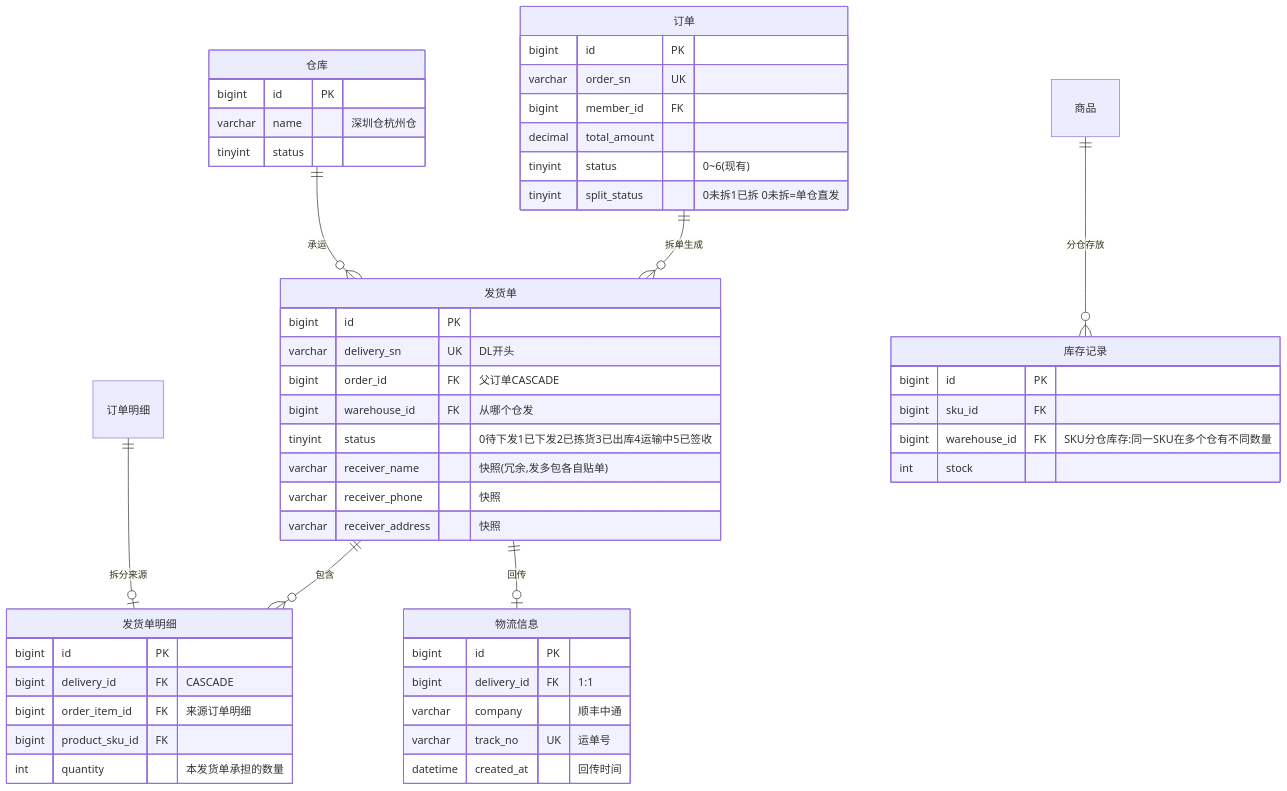
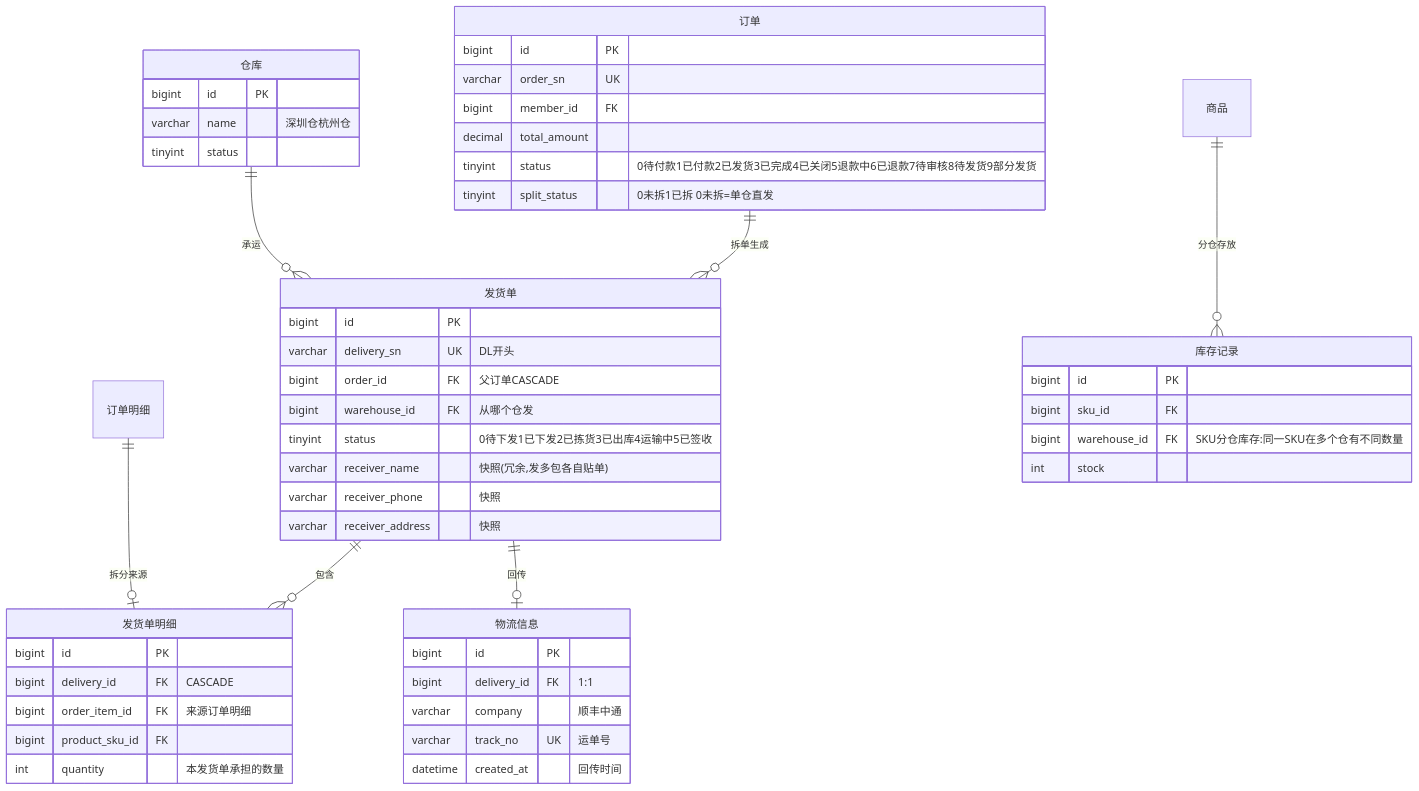
The diagram in docs/er/21-ER图-拆单合单.mmd (zzy-repo/qiqi-mall), drawn with Mermaid before and after one commit. The commit also changed 5 other files, not shown here.

Commit message:
test: 场景5接口级全链路走查 + ER-21/12 状态枚举注释同步

```diff
--- a/docs/er/21-ER图-拆单合单.mmd
+++ b/docs/er/21-ER图-拆单合单.mmd
@@ -1,51 +1,51 @@
 erDiagram
     订单 ||--o{ 发货单 : "拆单生成"
     发货单 ||--o{ 发货单明细 : "包含"
     订单明细 ||--o| 发货单明细 : "拆分来源"
     发货单 ||--o| 物流信息 : "回传"
     仓库 ||--o{ 发货单 : "承运"
     商品 ||--o{ 库存记录 : "分仓存放"
 
     订单 {
         bigint id PK
         varchar order_sn UK
         bigint member_id FK
         decimal total_amount
-        tinyint status "0~6(现有)"
+        tinyint status "0待付款1已付款2已发货3已完成4已关闭5退款中6已退款7待审核8待发货9部分发货"
         tinyint split_status "0未拆1已拆 0未拆=单仓直发"
     }
     发货单 {
         bigint id PK
         varchar delivery_sn UK "DL开头"
         bigint order_id FK "父订单CASCADE"
         bigint warehouse_id FK "从哪个仓发"
         tinyint status "0待下发1已下发2已拣货3已出库4运输中5已签收"
         varchar receiver_name "快照(冗余,发多包各自贴单)"
         varchar receiver_phone "快照"
         varchar receiver_address "快照"
     }
     发货单明细 {
         bigint id PK
         bigint delivery_id FK "CASCADE"
         bigint order_item_id FK "来源订单明细"
         bigint product_sku_id FK
         int quantity "本发货单承担的数量"
     }
     物流信息 {
         bigint id PK
         bigint delivery_id FK "1:1"
         varchar company "顺丰中通"
         varchar track_no UK "运单号"
         datetime created_at "回传时间"
     }
     仓库 {
         bigint id PK
         varchar name "深圳仓杭州仓"
         tinyint status
     }
     库存记录 {
         bigint id PK
         bigint sku_id FK
         bigint warehouse_id FK "SKU分仓库存:同一SKU在多个仓有不同数量"
         int stock
     }
```
